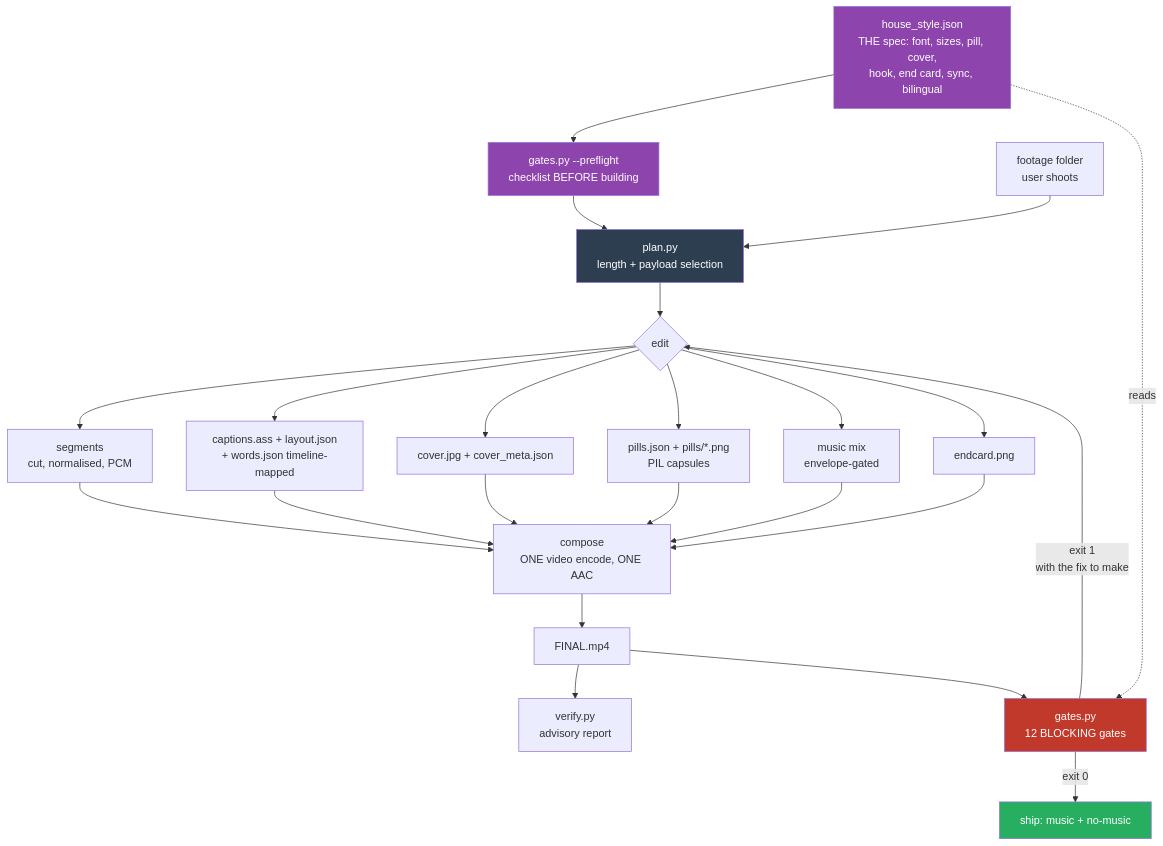
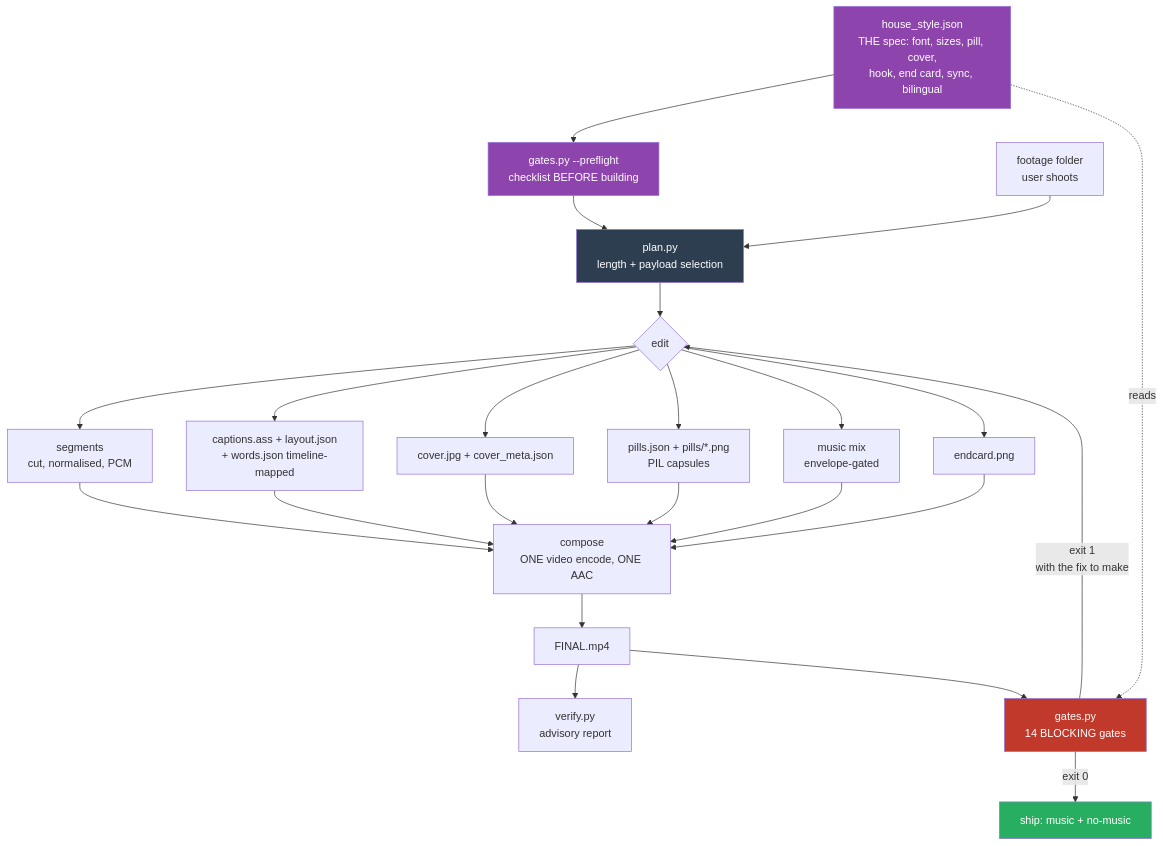
One commit to chyiiiiiiiiiiii/yiibu changed the first of 4 diagrams in ARCHITECTURE.md. Above: the diagram before and after it, drawn with Mermaid. The commit also changed other lines of this file and 17 other files, not shown here.

````diff
--- a/ARCHITECTURE.md
+++ b/ARCHITECTURE.md
@@ -28,32 +28,32 @@
 ```mermaid
 flowchart TD
     HS[house_style.json<br/>THE spec: font, sizes, pill, cover,<br/>hook, end card, sync, bilingual]
     HS --> PF[gates.py --preflight<br/>checklist BEFORE building]
     PF --> B[plan.py<br/>length + payload selection]
     A[footage folder<br/>user shoots] --> B
     B --> C{edit}
     C --> D[segments<br/>cut, normalised, PCM]
     C --> E[captions.ass + layout.json<br/>+ words.json timeline-mapped]
     C --> F[cover.jpg + cover_meta.json]
     C --> P[pills.json + pills/*.png<br/>PIL capsules]
     C --> G[music mix<br/>envelope-gated]
     C --> N[endcard.png]
     D --> H[compose<br/>ONE video encode, ONE AAC]
     E --> H
     F --> H
     P --> H
     G --> H
     N --> H
     H --> I[FINAL.mp4]
     I --> J[verify.py<br/>advisory report]
-    I --> K[gates.py<br/>12 BLOCKING gates]
+    I --> K[gates.py<br/>14 BLOCKING gates]
     HS -.reads.-> K
     K -->|exit 1<br/>with the fix to make| C
     K -->|exit 0| L[ship: music + no-music]
 
     style K fill:#c0392b,color:#fff
     style HS fill:#8e44ad,color:#fff
     style PF fill:#8e44ad,color:#fff
     style B fill:#2c3e50,color:#fff
     style L fill:#27ae60,color:#fff
 ```
````
